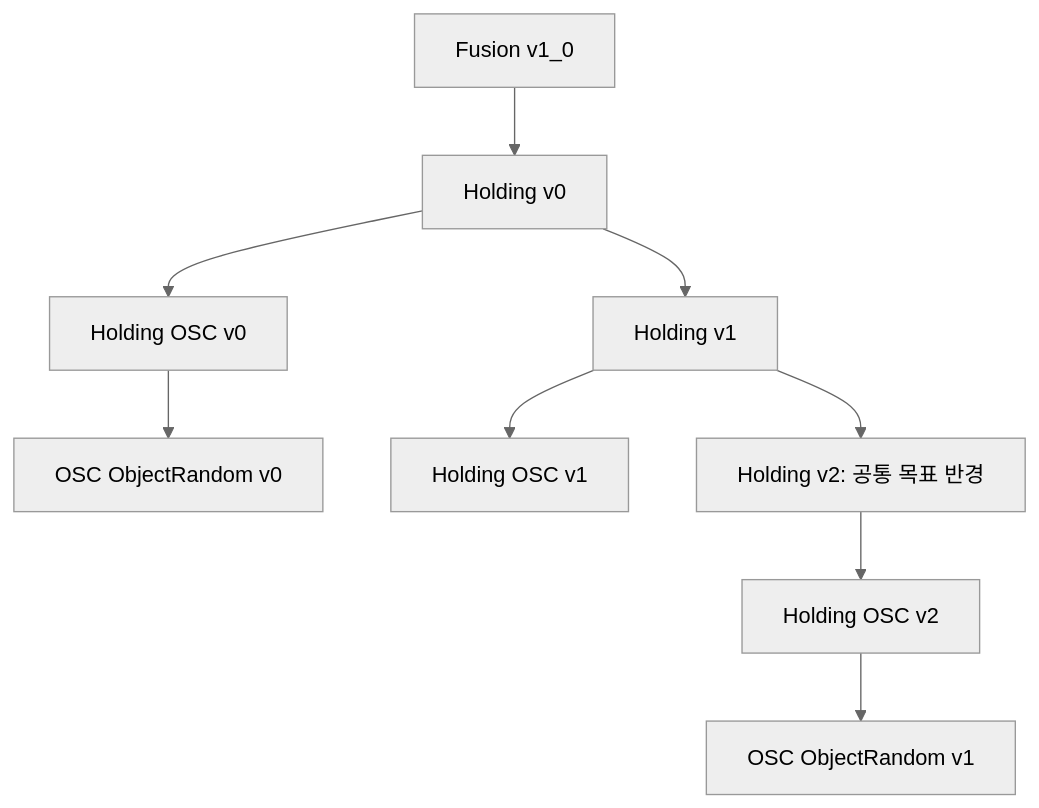
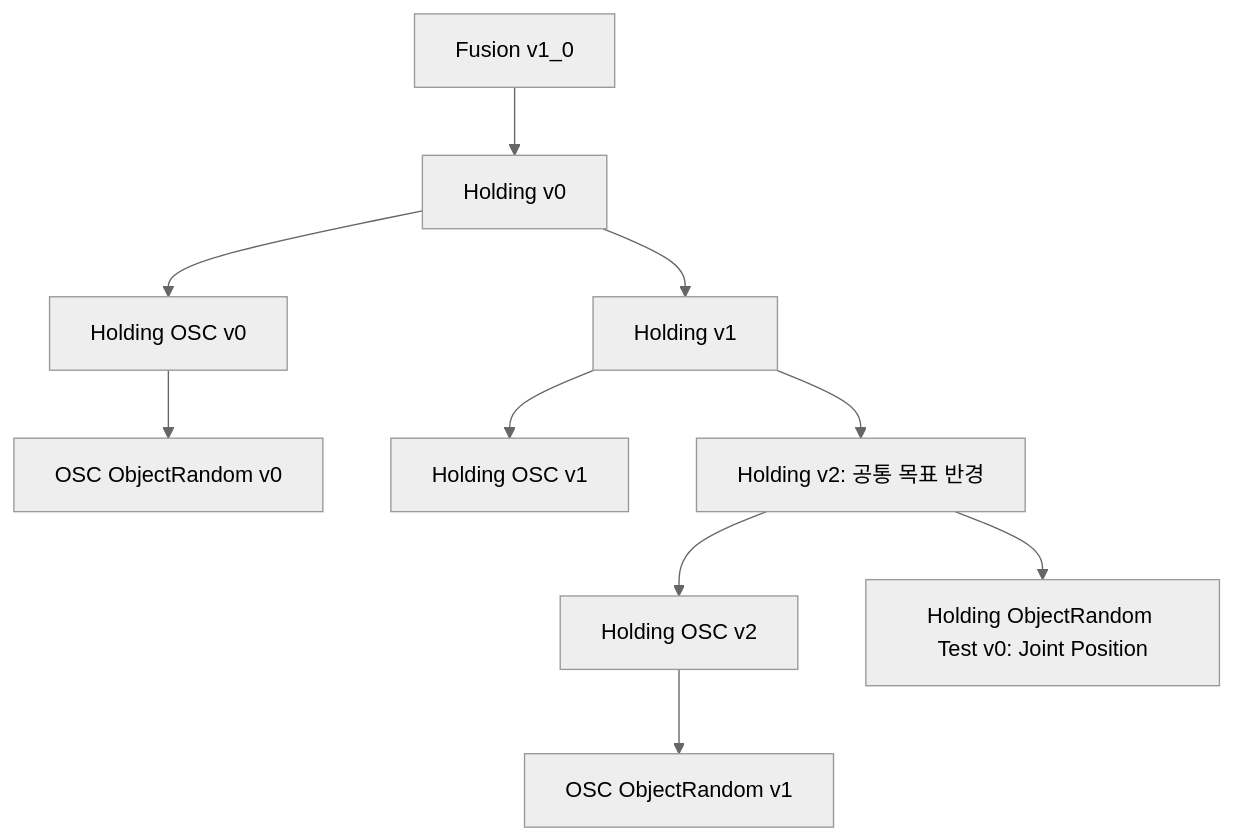
Before and after one commit to 7cmdehdrb/Contact-Rich-Manipulation-Context: the diagram in 02_implementation/environments/FUSION_HOLDING_FAMILY.md, drawn with Mermaid (neutral theme). The commit also changed other lines of this file and 9 other files, not shown here.

First line of the commit message:
feat: Add Holding ObjectRandom Test v0 and update related environments

````diff
--- a/02_implementation/environments/FUSION_HOLDING_FAMILY.md
+++ b/02_implementation/environments/FUSION_HOLDING_FAMILY.md
@@ -64,11 +64,12 @@
 ```mermaid
 flowchart TD
     F["Fusion v1_0"] --> H0["Holding v0"]
     H0 --> H1["Holding v1"]
     H0 --> O0["Holding OSC v0"]
     O0 --> R0["OSC ObjectRandom v0"]
     H1 --> O1["Holding OSC v1"]
     H1 --> H2["Holding v2: 공통 목표 반경"]
     H2 --> O2["Holding OSC v2"]
+    H2 --> JRT["Holding ObjectRandom Test v0: Joint Position"]
     O2 --> R1["OSC ObjectRandom v1"]
 ```
````
